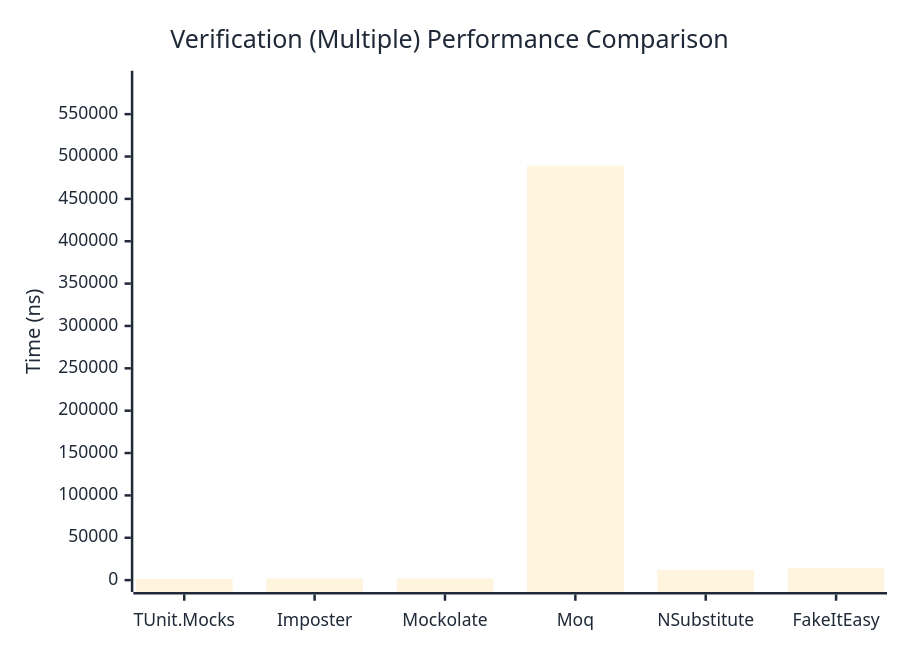
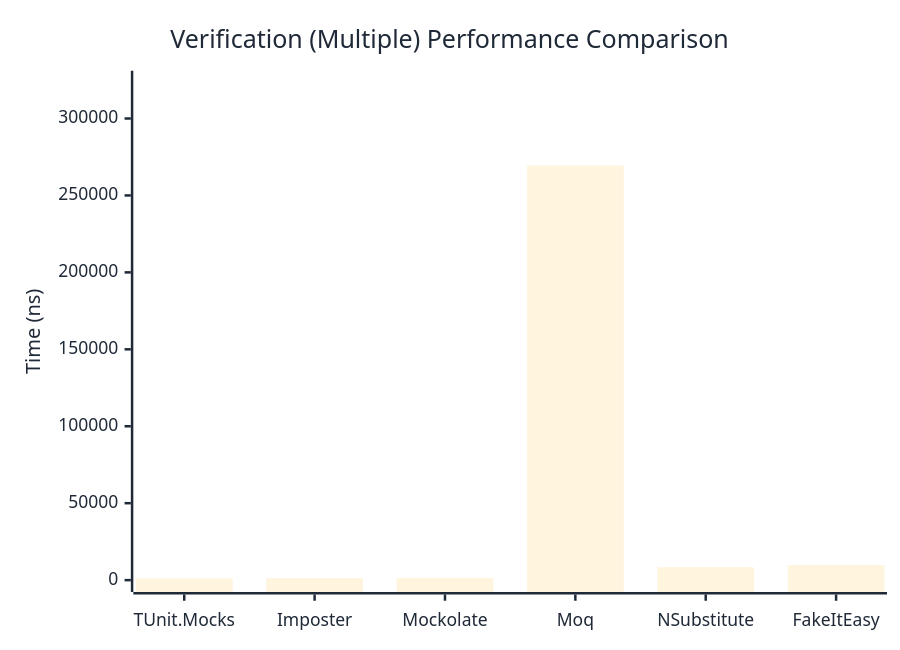
The third of 3 diagrams in docs/docs/benchmarks/mocks/Verification.md (thomhurst/TUnit), drawn with Mermaid before and after one commit. The commit also changed other lines of this file and 14 other files, not shown here.

````diff
--- a/docs/docs/benchmarks/mocks/Verification.md
+++ b/docs/docs/benchmarks/mocks/Verification.md
@@ -110,27 +110,27 @@
 ```mermaid
 %%{init: {
   'theme':'base',
   'themeVariables': {
     'primaryColor': '#2563eb',
     'primaryTextColor': '#1f2937',
     'primaryBorderColor': '#1e40af',
     'lineColor': '#6b7280',
     'secondaryColor': '#7c3aed',
     'tertiaryColor': '#dc2626',
     'background': '#ffffff',
     'pie1': '#2563eb',
     'pie2': '#7c3aed',
     'pie3': '#dc2626',
     'pie4': '#f59e0b',
     'pie5': '#10b981',
     'pie6': '#06b6d4',
     'pie7': '#ec4899',
     'pie8': '#6366f1'
   }
 }}%%
 xychart-beta
   title "Verification (Multiple) Performance Comparison"
   x-axis ["TUnit.Mocks", "Imposter", "Mockolate", "Moq", "NSubstitute", "FakeItEasy"]
-  y-axis "Time (ns)" 0 --> 587220
-  bar [1422.94, 1965.26, 1971.31, 489349.29, 11883.82, 14258.17]
+  y-axis "Time (ns)" 0 --> 323316
+  bar [1063.28, 1394.43, 1441.08, 269429.84, 8403.31, 9815.35]
 ```
````
